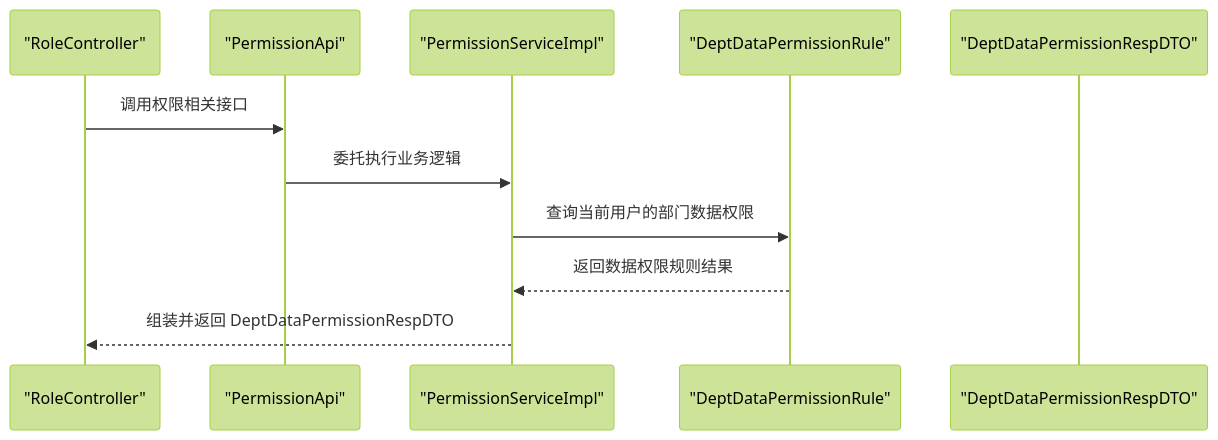
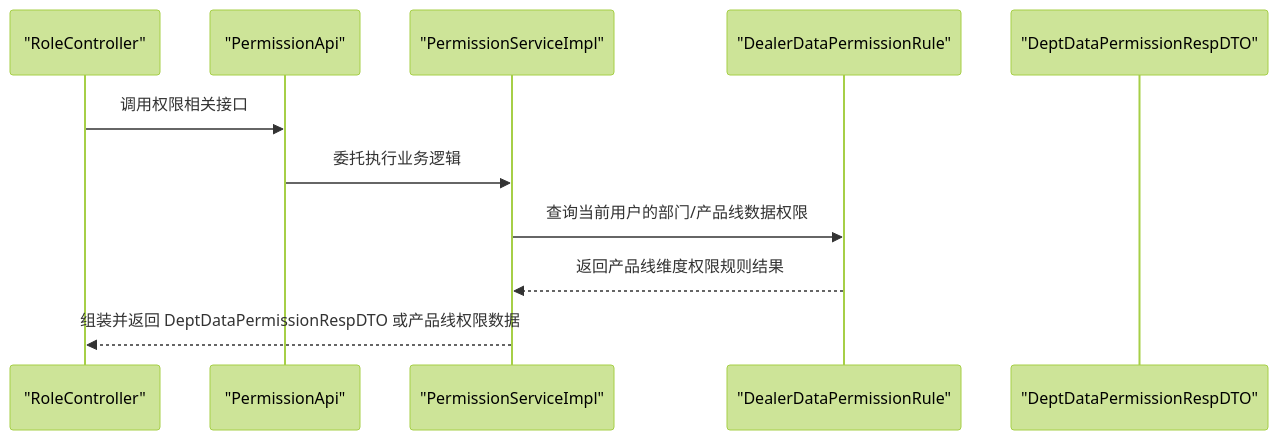
Before and after one commit to xiaoche80s-tech/rouyi-vue-pro: the second of 6 diagrams in .qoder/repowiki/zh/content/核心模块/系统管理模块/角色权限.md, drawn with Mermaid (forest theme). The commit also changed other lines of this file and 534 other files, not shown here.

````diff
--- a/.qoder/repowiki/zh/content/核心模块/系统管理模块/角色权限.md
+++ b/.qoder/repowiki/zh/content/核心模块/系统管理模块/角色权限.md
@@ -128,13 +153,13 @@
 ```mermaid
 sequenceDiagram
 participant C as "RoleController"
 participant API as "PermissionApi"
 participant S as "PermissionServiceImpl"
-participant R as "DeptDataPermissionRule"
+participant DR as "DealerDataPermissionRule"
 participant D as "DeptDataPermissionRespDTO"
 C->>API : 调用权限相关接口
 API->>S : 委托执行业务逻辑
-S->>R : 查询当前用户的部门数据权限
-R-->>S : 返回数据权限规则结果
-S-->>C : 组装并返回 DeptDataPermissionRespDTO
+S->>DR : 查询当前用户的部门/产品线数据权限
+DR-->>S : 返回产品线维度权限规则结果
+S-->>C : 组装并返回 DeptDataPermissionRespDTO 或产品线权限数据
 ```
````
